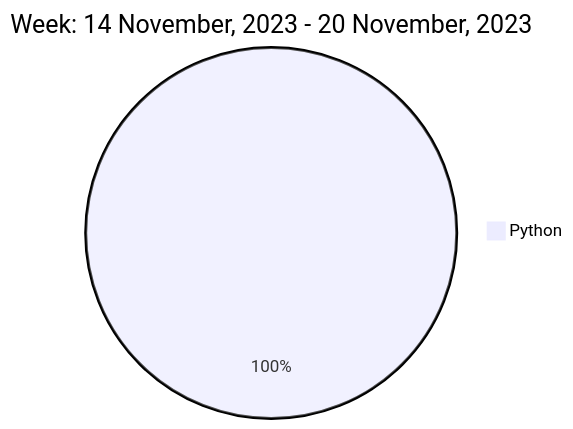
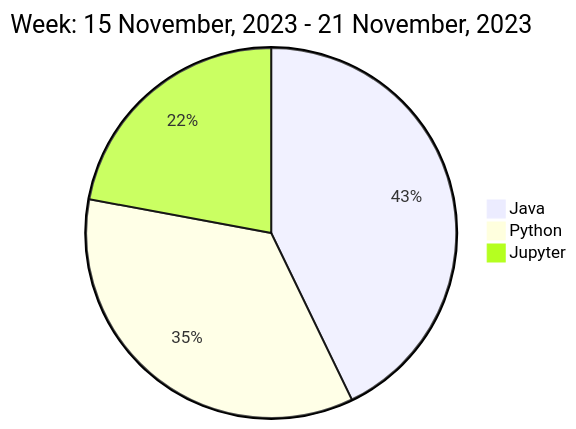
Before and after one commit to liubin95/liubin95: the diagram in README.md, drawn with Mermaid.

Commit message:
Updated the Graph with new Metrics

````diff
--- a/README.md
+++ b/README.md
@@ -37,5 +37,7 @@
 ```mermaid
  pie
-title Week: 14 November, 2023 - 20 November, 2023
- "Python" : 2.88
+title Week: 15 November, 2023 - 21 November, 2023
+ "Java" : 3.88
+ "Python" : 3.18
+ "Jupyter" : 2.0
 ```
````
